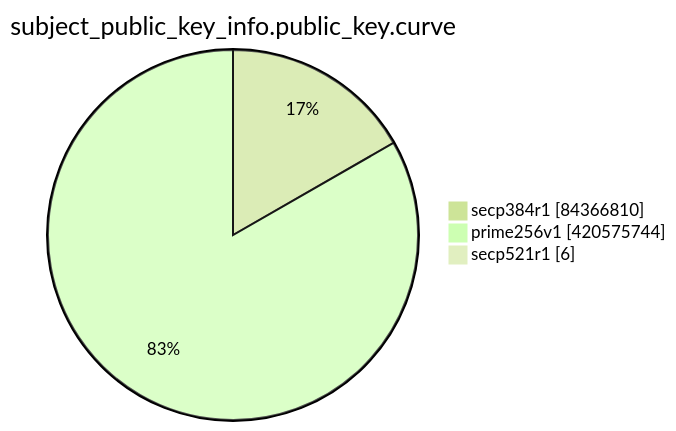
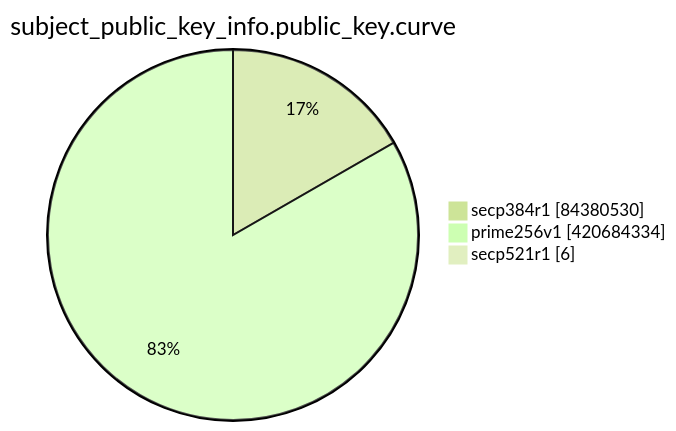
The eighth of 15 diagrams in TOTAL/README.md (christiankrug/ctmonitor_visualization), drawn with Mermaid (forest theme) before and after one commit. The commit also changed other lines of this file, not shown here.

````diff
--- a/TOTAL/README.md
+++ b/TOTAL/README.md
@@ -3099,7 +3099,7 @@
 ```mermaid
 pie showData
 title subject_public_key_info.public_key.curve
-"secp384r1" :84366810
-"prime256v1" :420575744
+"secp384r1" :84380530
+"prime256v1" :420684334
 "secp521r1" :6
 ```
````
